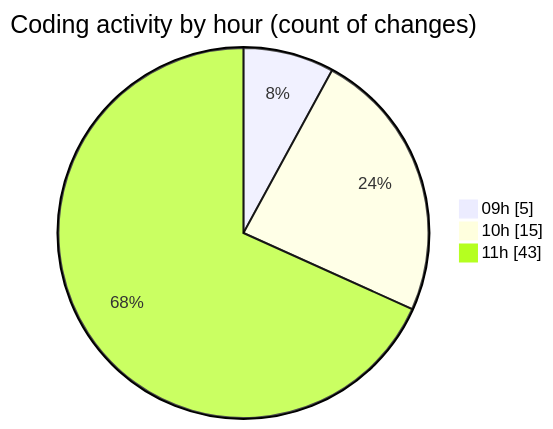
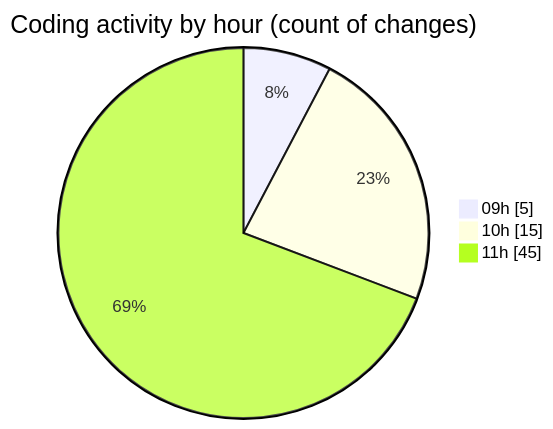
Before and after one commit to CELIANVF/code-tracking: the second of 2 diagrams in 2025-06-13/ecodeli-1/README.md, drawn with Mermaid. The commit also changed other lines of this file and 1 other file, not shown here.

````diff
--- a/2025-06-13/ecodeli-1/README.md
+++ b/2025-06-13/ecodeli-1/README.md
@@ -45,7 +45,7 @@
 ```mermaid
 pie showData
 title Coding activity by hour (count of changes)
 "09h" : 5
 "10h" : 15
-"11h" : 43
+"11h" : 45
 ```
````
